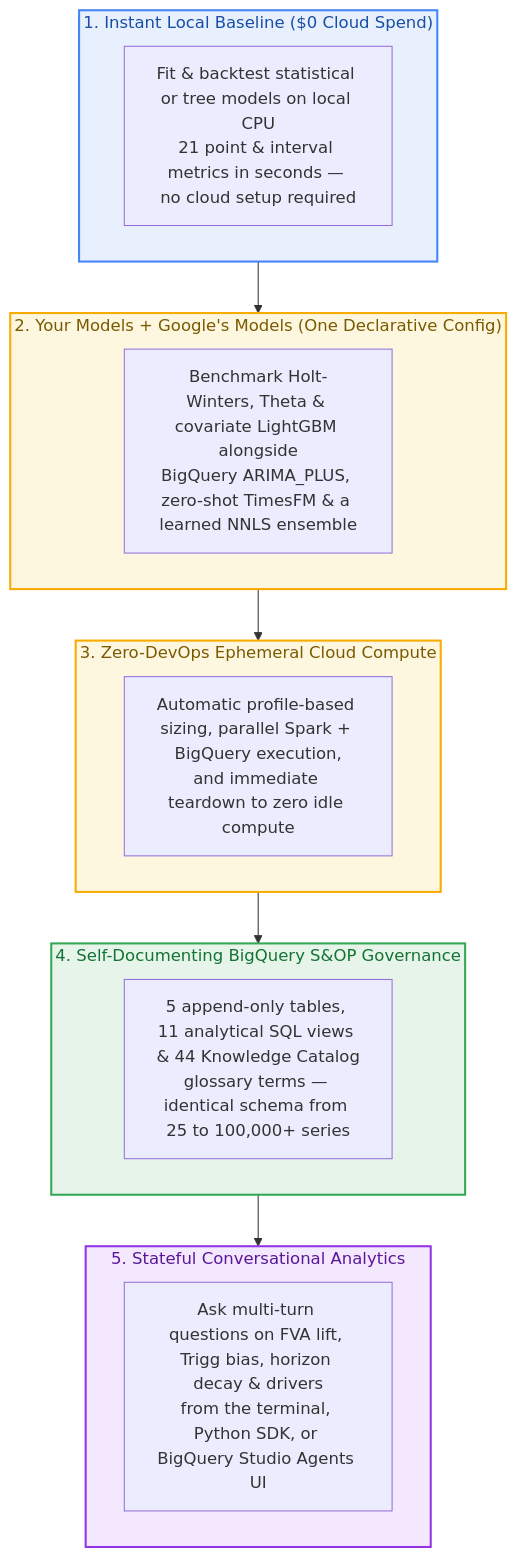
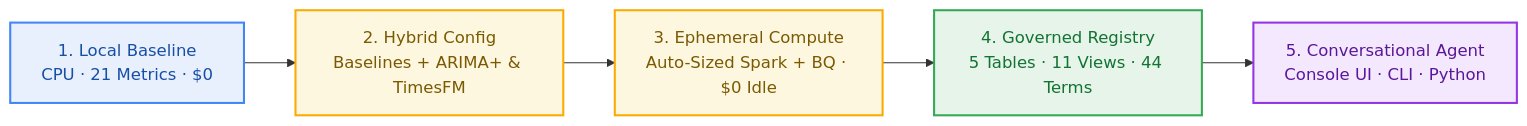
The diagram in docs/showcase.md (statmike/scale-forecasting), drawn with Mermaid before and after one commit. The commit also changed other lines of this file, not shown here.

````diff
--- a/docs/showcase.md
+++ b/docs/showcase.md
@@ -10,33 +10,16 @@
 ```mermaid
-flowchart TD
-    subgraph S1["1. Instant Local Baseline ($0 Cloud Spend)"]
-        P1["Fit &amp; backtest statistical or tree models on local CPU<br/>21 point &amp; interval metrics in seconds — no cloud setup required"]
-    end
-
-    subgraph S2["2. Your Models + Google's Models (One Declarative Config)"]
-        P2["Benchmark Holt-Winters, Theta &amp; covariate LightGBM alongside<br/>BigQuery ARIMA_PLUS, zero-shot TimesFM &amp; a learned NNLS ensemble"]
-    end
-
-    subgraph S3["3. Zero-DevOps Ephemeral Cloud Compute"]
-        P3["Automatic profile-based sizing, parallel Spark + BigQuery execution,<br/>and immediate teardown to zero idle compute"]
-    end
-
-    subgraph S4["4. Self-Documenting BigQuery S&amp;OP Governance"]
-        P4["5 append-only tables, 11 analytical SQL views &amp; 44 Knowledge Catalog<br/>glossary terms — identical schema from 25 to 100,000+ series"]
-    end
-
-    subgraph S5["5. Stateful Conversational Analytics"]
-        P5["Ask multi-turn questions on FVA lift, Trigg bias, horizon decay &amp; drivers<br/>from the terminal, Python SDK, or BigQuery Studio Agents UI"]
-    end
-
-    S1 --> S2 --> S3 --> S4 --> S5
+flowchart LR
+    S1["1. Local Baseline<br/>CPU · 21 Metrics · $0"] --> S2["2. Hybrid Config<br/>Baselines + ARIMA+ &amp; TimesFM"]
+    S2 --> S3["3. Ephemeral Compute<br/>Auto-Sized Spark + BQ · $0 Idle"]
+    S3 --> S4["4. Governed Registry<br/>5 Tables · 11 Views · 44 Terms"]
+    S4 --> S5["5. Conversational Agent<br/>Console UI · CLI · Python"]
 
     classDef local fill:#E8F0FE,stroke:#4285F4,stroke-width:2px,color:#174EA6
     classDef cloud fill:#FEF7E0,stroke:#F9AB00,stroke-width:2px,color:#7A5A00
     classDef gov fill:#E6F4EA,stroke:#34A853,stroke-width:2px,color:#137333
     classDef agent fill:#F3E8FD,stroke:#9334E6,stroke-width:2px,color:#5B1799
     class S1 local
     class S2,S3 cloud
     class S4 gov
     class S5 agent
 ```
````
